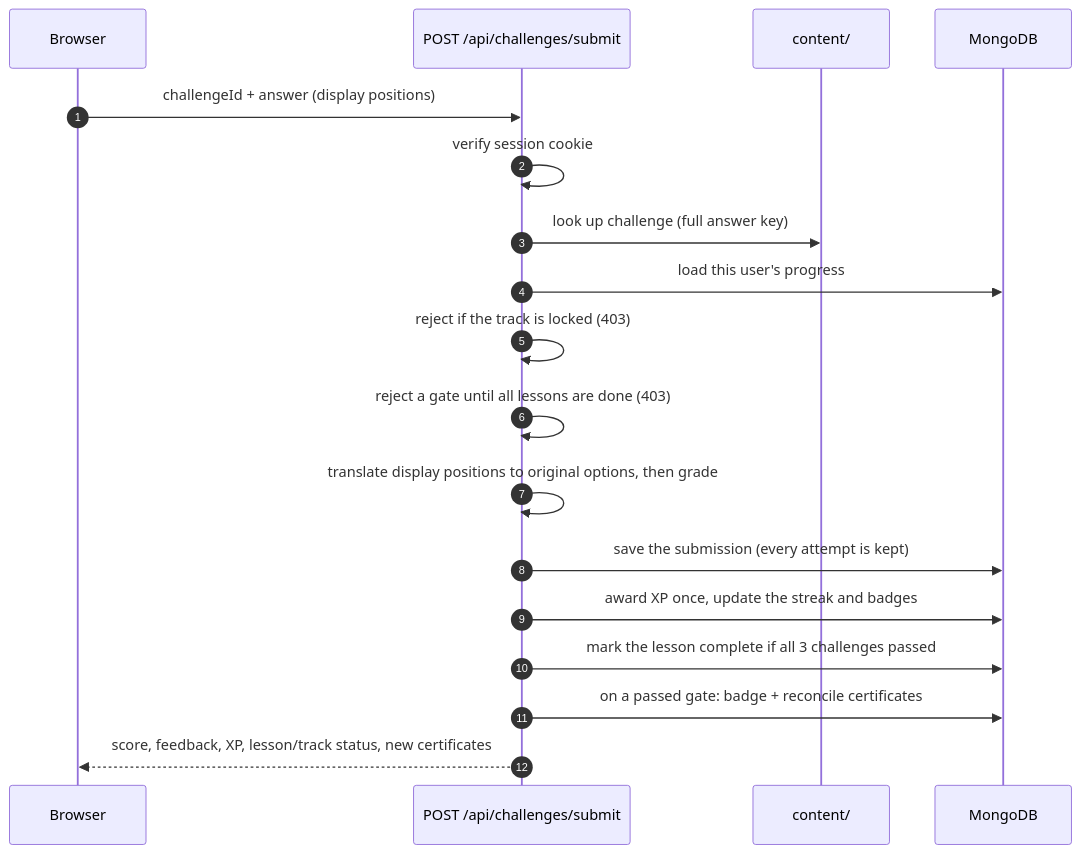
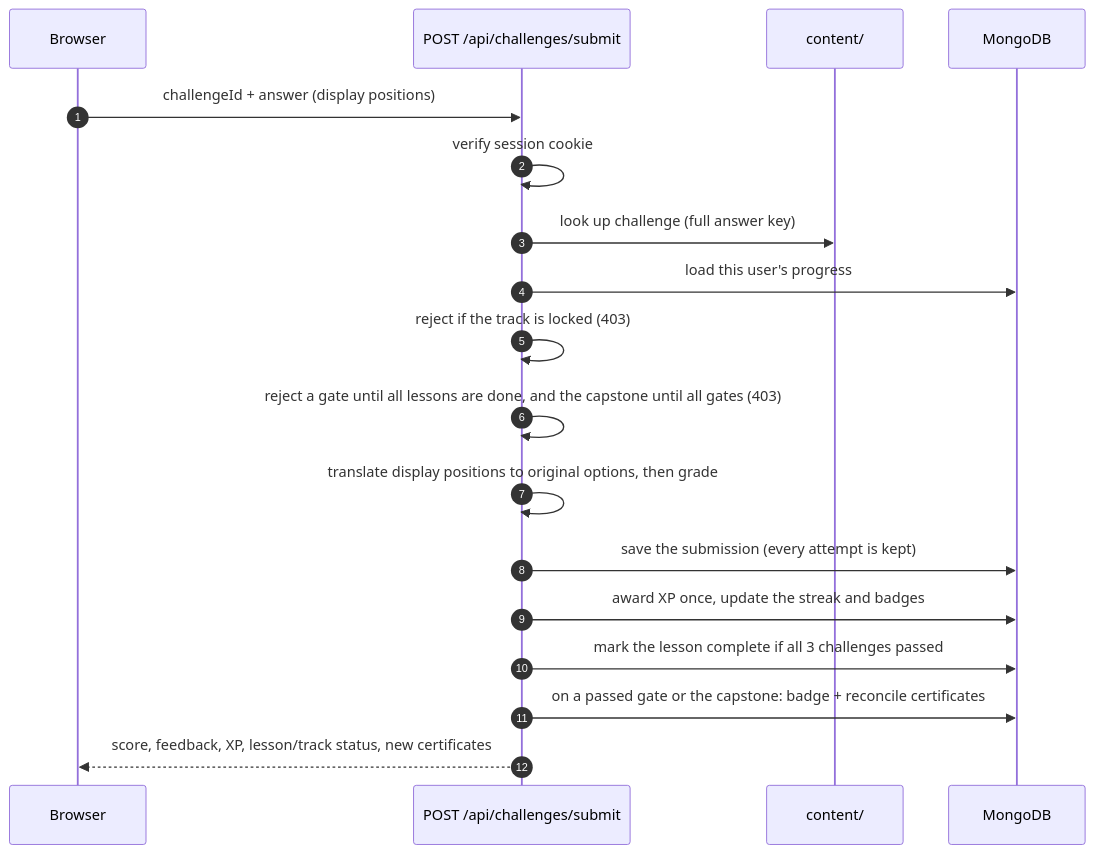
Before and after one commit to sairaghukiran14/AIEM: the third of 5 diagrams in README.md, drawn with Mermaid. The commit also changed other lines of this file and 25 other files, not shown here.

````diff
--- a/README.md
+++ b/README.md
@@ -159,21 +176,21 @@
 ```mermaid
 sequenceDiagram
     autonumber
     participant B as Browser
     participant API as POST /api/challenges/submit
     participant C as content/
     participant DB as MongoDB
 
     B->>API: challengeId + answer (display positions)
     API->>API: verify session cookie
     API->>C: look up challenge (full answer key)
     API->>DB: load this user's progress
     API->>API: reject if the track is locked (403)
-    API->>API: reject a gate until all lessons are done (403)
+    API->>API: reject a gate until all lessons are done, and the capstone until all gates (403)
     API->>API: translate display positions to original options, then grade
     API->>DB: save the submission (every attempt is kept)
     API->>DB: award XP once, update the streak and badges
     API->>DB: mark the lesson complete if all 3 challenges passed
-    API->>DB: on a passed gate: badge + reconcile certificates
+    API->>DB: on a passed gate or the capstone: badge + reconcile certificates
     API-->>B: score, feedback, XP, lesson/track status, new certificates
 ```
````
